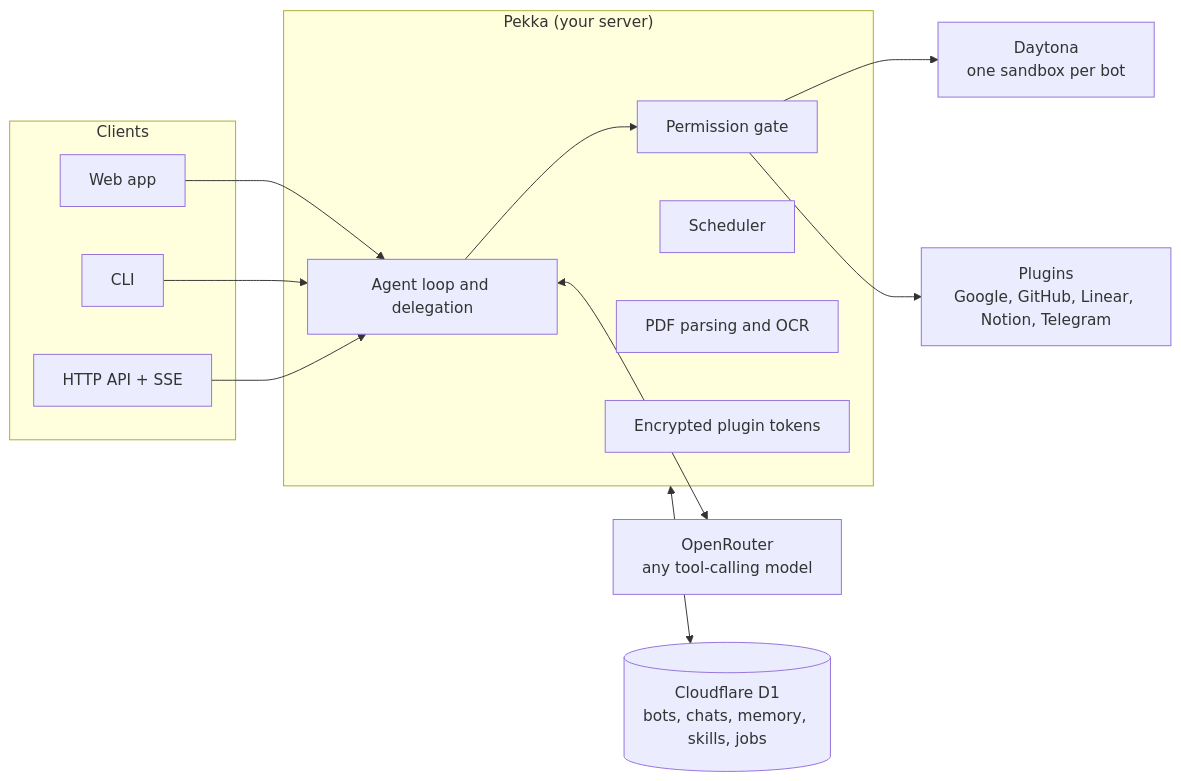
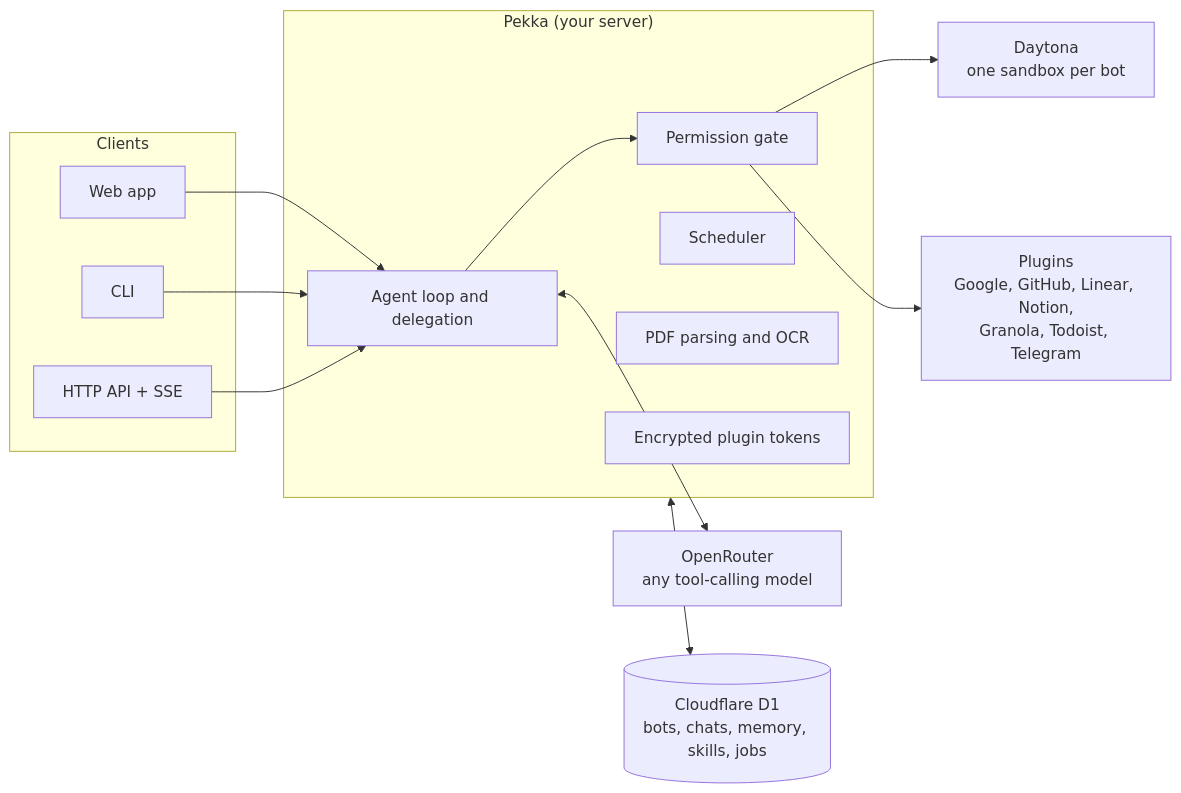
The diagram in README.md (sidmanale643/pekka-bot), drawn with Mermaid before and after one commit. The commit also changed other lines of this file and 17 other files, not shown here.

Commit message:
feat(plugins): add the Granola and Todoist plugins

````diff
--- a/README.md
+++ b/README.md
@@ -64,21 +64,21 @@
 ```mermaid
 flowchart LR
   subgraph Clients
     W[Web app]
     C[CLI]
     H[HTTP API + SSE]
   end
   subgraph Pekka["Pekka (your server)"]
     L[Agent loop and delegation]
     P[Permission gate]
     S[Scheduler]
     D[PDF parsing and OCR]
     K[Encrypted plugin tokens]
   end
   W & C & H --> L
   L --> P
   L <--> OR[OpenRouter<br/>any tool-calling model]
   P --> DT[Daytona<br/>one sandbox per bot]
-  P --> PL[Plugins<br/>Google, GitHub, Linear, Notion, Telegram]
+  P --> PL[Plugins<br/>Google, GitHub, Linear, Notion,<br/>Granola, Todoist, Telegram]
   Pekka <--> DB[(Cloudflare D1<br/>bots, chats, memory, skills, jobs)]
 ```
````
